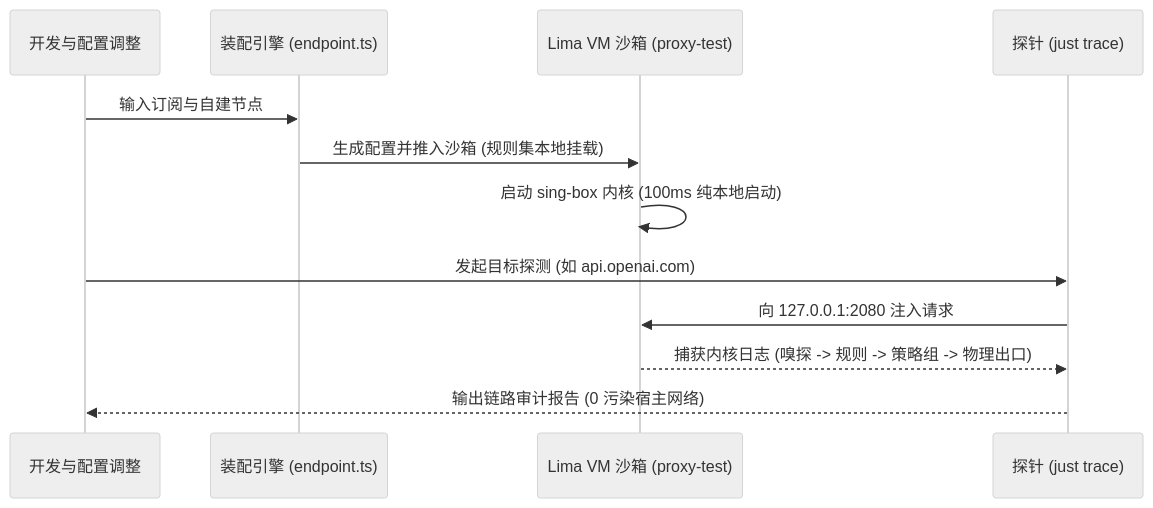
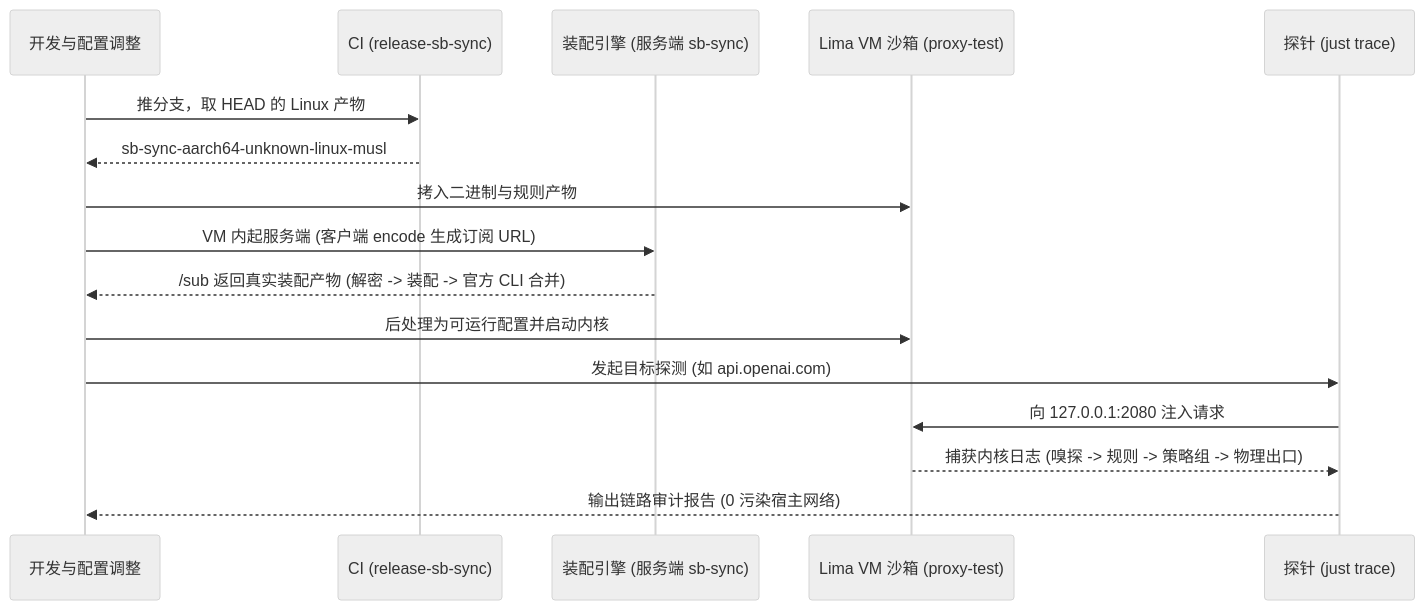
The third of 3 diagrams in docs/ARCH.md (shelken/proxy), drawn with Mermaid (neutral theme) before and after one commit. The commit also changed 7 other files, not shown here.

````diff
--- a/docs/ARCH.md
+++ b/docs/ARCH.md
@@ -77,15 +77,19 @@
 ```mermaid
 sequenceDiagram
     participant Dev as 开发与配置调整
-    participant ASM as 装配引擎 (endpoint.ts)
+    participant CI as CI (release-sb-sync)
+    participant ASM as 装配引擎 (服务端 sb-sync)
     participant VM as Lima VM 沙箱 (proxy-test)
     participant Probe as 探针 (just trace)
 
-    Dev->>ASM: 输入订阅与自建节点
-    ASM->>VM: 生成配置并推入沙箱 (规则集本地挂载)
-    VM->>VM: 启动 sing-box 内核 (100ms 纯本地启动)
+    Dev->>CI: 推分支，取 HEAD 的 Linux 产物
+    CI-->>Dev: sb-sync-aarch64-unknown-linux-musl
+    Dev->>VM: 拷入二进制与规则产物
+    Dev->>ASM: VM 内起服务端 (客户端 encode 生成订阅 URL)
+    ASM-->>Dev: /sub 返回真实装配产物 (解密 -> 装配 -> 官方 CLI 合并)
+    Dev->>VM: 后处理为可运行配置并启动内核
     Dev->>Probe: 发起目标探测 (如 api.openai.com)
     Probe->>VM: 向 127.0.0.1:2080 注入请求
     VM-->>Probe: 捕获内核日志 (嗅探 -> 规则 -> 策略组 -> 物理出口)
     Probe-->>Dev: 输出链路审计报告 (0 污染宿主网络)
 ```
````
